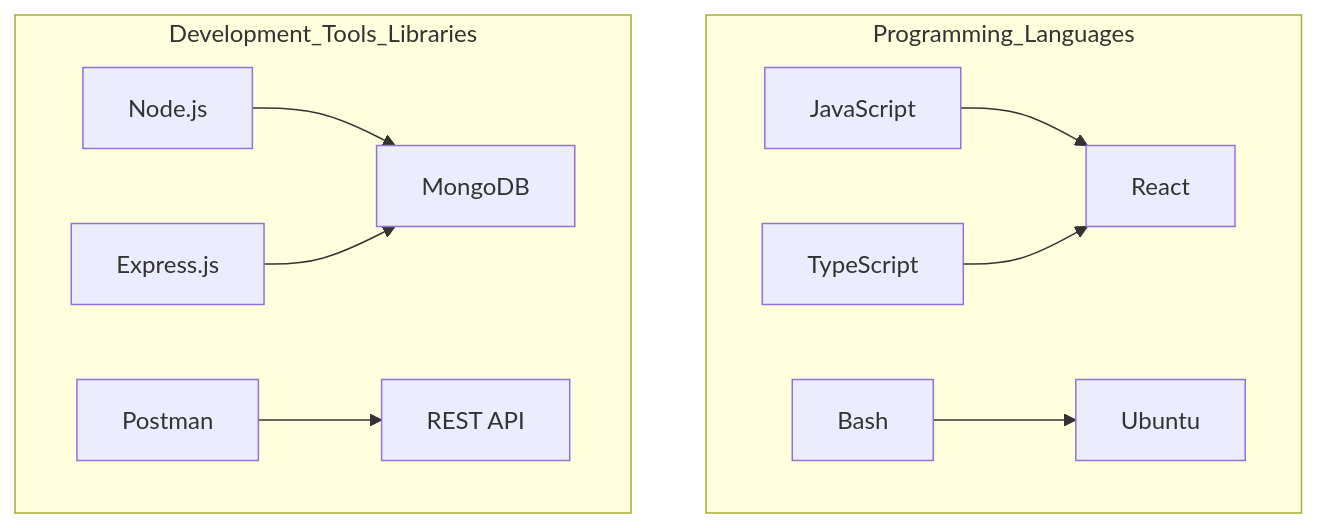
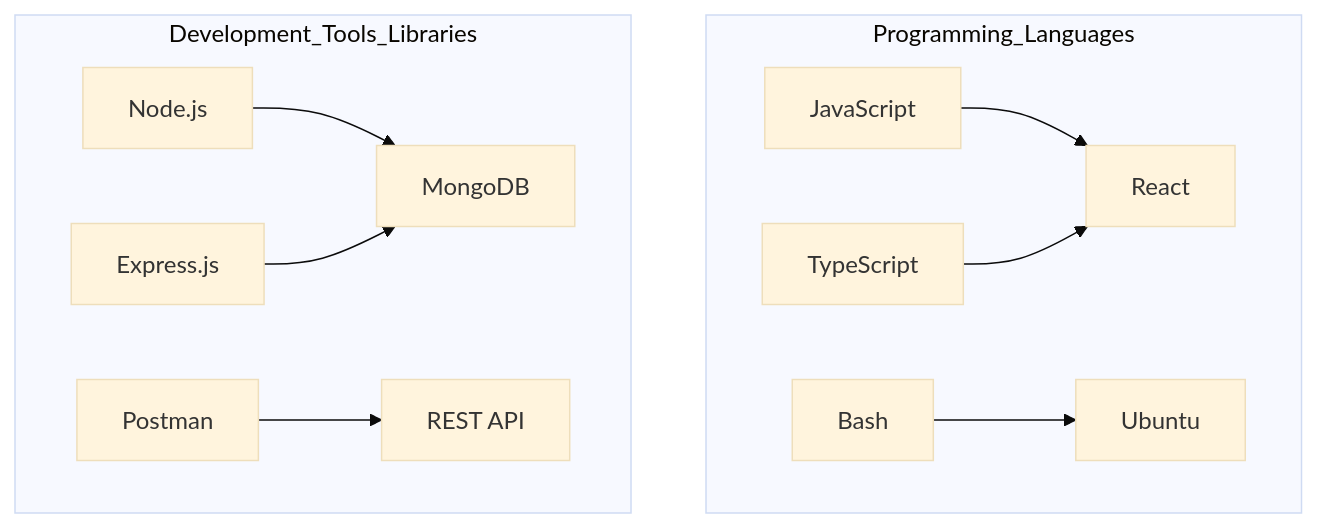
Before and after one commit to alejandroo-pc/alejandroo-pc: the diagram in README.md, drawn with Mermaid.

````diff
--- a/README.md
+++ b/README.md
@@ -11,15 +11,15 @@
 ```mermaid
-%%{init: {'theme':'base'}, 'flowchart': {'navigation': false}}%%
+%%{init: {'theme':'base'}}%%
 graph TD;
     subgraph Programming_Languages
         A[JavaScript] --> B[React]
         C[TypeScript] --> B[React]
         D[Bash] --> E[Ubuntu]
     end
 
     subgraph Development_Tools_Libraries
         F[Node.js] --> G[MongoDB]
         H[Express.js] --> G[MongoDB]
         I[Postman] --> J[REST API]
     end
 ```
````
